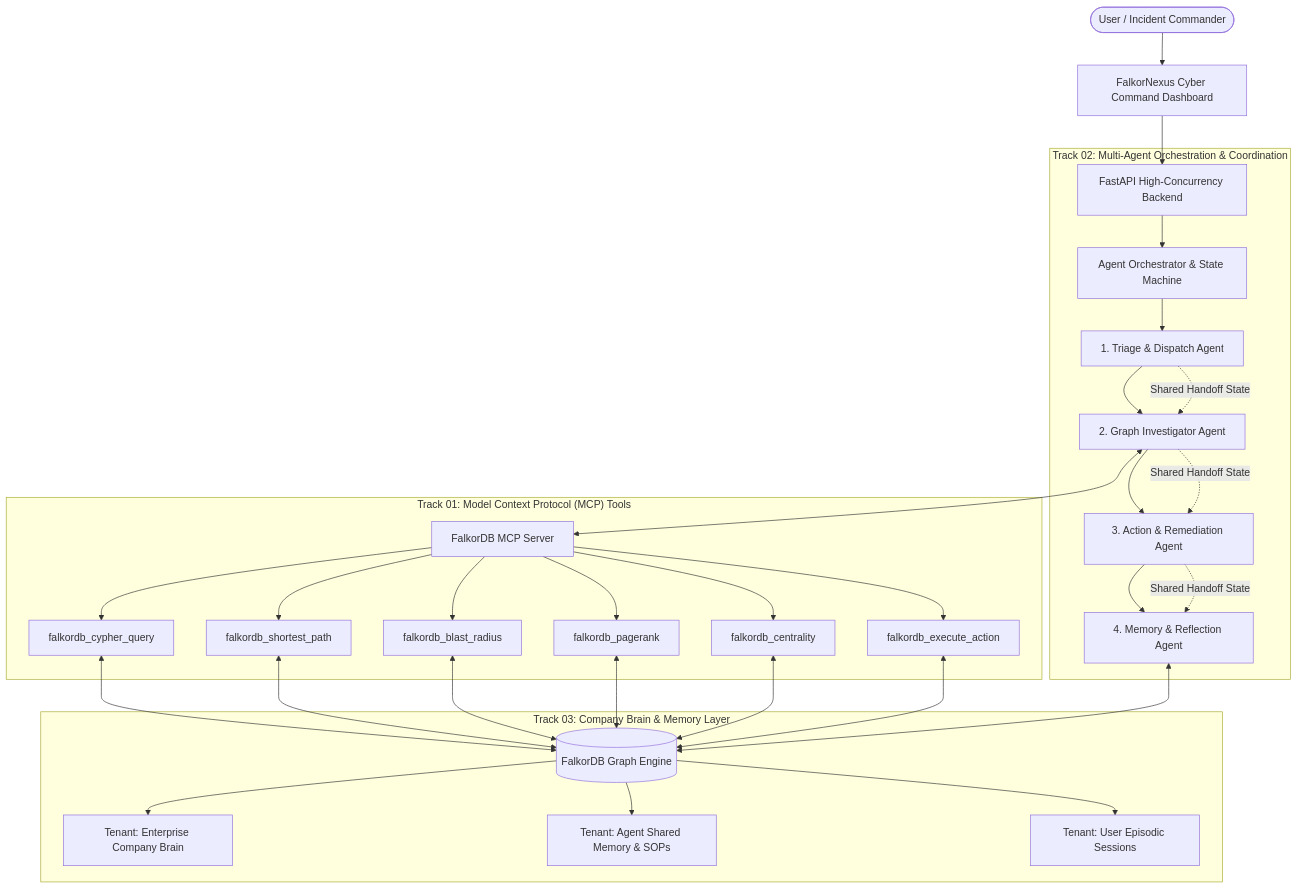
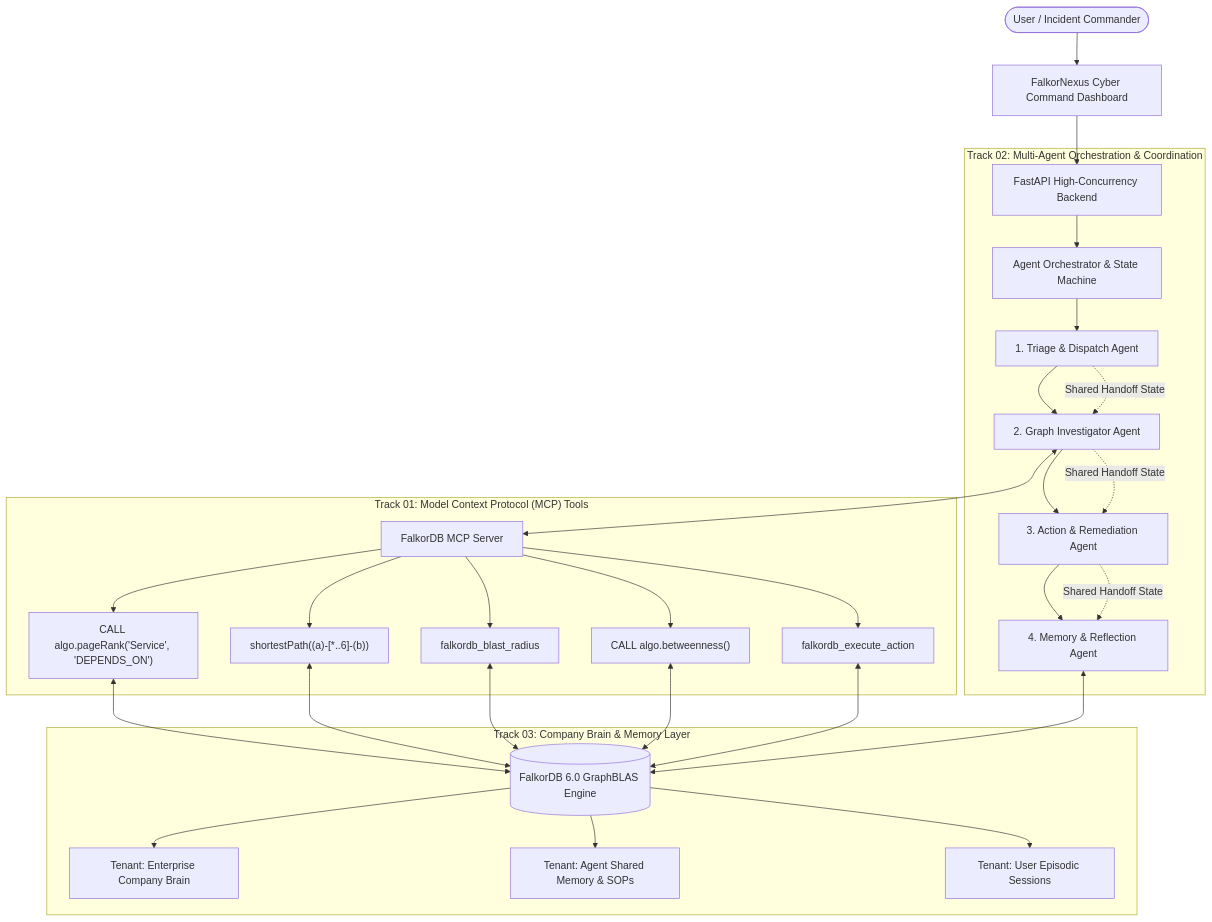
The diagram in README.md (jeeva5655/falkor-nexus), drawn with Mermaid before and after one commit. The commit also changed other lines of this file and 12 other files, not shown here.

Commit message:
feat: upgrade to native FalkorDB GraphBLAS, Two-Run Learning Loop, Chaos Injector, docker-compose, and AirPods 5 blog post

````diff
--- a/README.md
+++ b/README.md
@@ -22,43 +23,41 @@
 ```mermaid
 graph TD
     User([User / Incident Commander]) --> WebUI[FalkorNexus Cyber Command Dashboard]
     WebUI --> API[FastAPI High-Concurrency Backend]
 
     subgraph "Track 02: Multi-Agent Orchestration & Coordination"
         API --> Orchestrator[Agent Orchestrator & State Machine]
         Orchestrator --> Triage[1. Triage & Dispatch Agent]
         Triage --> Invest[2. Graph Investigator Agent]
         Invest --> Action[3. Action & Remediation Agent]
         Action --> Memory[4. Memory & Reflection Agent]
 
         Triage -. Shared Handoff State .-> Invest
         Invest -. Shared Handoff State .-> Action
         Action -. Shared Handoff State .-> Memory
     end
 
     subgraph "Track 01: Model Context Protocol (MCP) Tools"
         MCPServer[FalkorDB MCP Server]
         Invest <--> MCPServer
-        MCPServer --> Tool1[falkordb_cypher_query]
-        MCPServer --> Tool2[falkordb_shortest_path]
-        MCPServer --> Tool3[falkordb_blast_radius]
-        MCPServer --> Tool4[falkordb_pagerank]
-        MCPServer --> Tool5[falkordb_centrality]
-        MCPServer --> Tool6[falkordb_execute_action]
+        MCPServer --> Tool1["CALL algo.pageRank('Service', 'DEPENDS_ON')"]
+        MCPServer --> Tool2["shortestPath((a)-[*..6]-(b))"]
+        MCPServer --> Tool3["falkordb_blast_radius"]
+        MCPServer --> Tool4["CALL algo.betweenness()"]
+        MCPServer --> Tool5["falkordb_execute_action"]
     end
 
     subgraph "Track 03: Company Brain & Memory Layer"
-        FalkorDB[(FalkorDB Graph Engine)]
+        FalkorDB[(FalkorDB 6.0 GraphBLAS Engine)]
         FalkorDB --> Multigraph1[Tenant: Enterprise Company Brain]
         FalkorDB --> Multigraph2[Tenant: Agent Shared Memory & SOPs]
         FalkorDB --> Multigraph3[Tenant: User Episodic Sessions]
     end
 
     Tool1 <--> FalkorDB
     Tool2 <--> FalkorDB
     Tool3 <--> FalkorDB
     Tool4 <--> FalkorDB
     Tool5 <--> FalkorDB
-    Tool6 <--> FalkorDB
     Memory <--> FalkorDB
 ```
````
